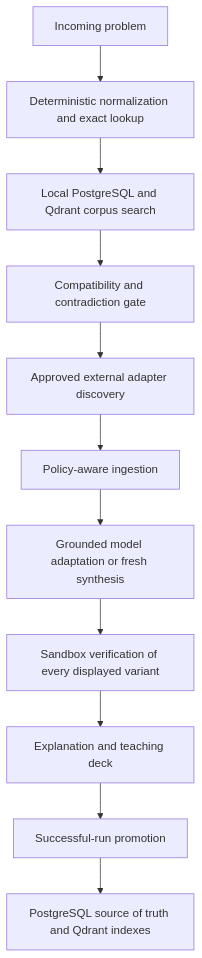
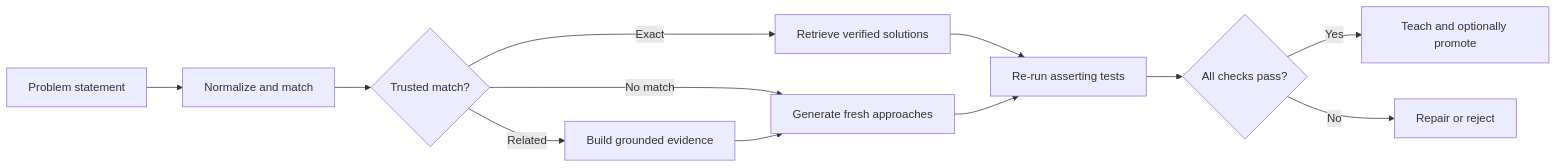
Before and after one commit to preferablehuman/-codinghelper: the first of 2 diagrams in README.md, drawn with Mermaid. The commit also changed other lines of this file and 6 other files, not shown here.

````diff
--- a/README.md
+++ b/README.md
@@ -132,13 +100,14 @@
 ```mermaid
-flowchart TD
-    A[Incoming problem] --> B[Deterministic normalization and exact lookup]
-    B --> C[Local PostgreSQL and Qdrant corpus search]
-    C --> D[Compatibility and contradiction gate]
-    D --> E[Approved external adapter discovery]
-    E --> F[Policy-aware ingestion]
-    F --> G[Grounded model adaptation or fresh synthesis]
-    G --> H[Sandbox verification of every displayed variant]
-    H --> I[Explanation and teaching deck]
-    I --> J[Successful-run promotion]
-    J --> K[PostgreSQL source of truth and Qdrant indexes]
+flowchart LR
+    A[Problem statement] --> B[Normalize and match]
+    B --> C{Trusted match?}
+    C -->|Exact| D[Retrieve verified solutions]
+    C -->|Related| E[Build grounded evidence]
+    C -->|No match| F[Generate fresh approaches]
+    D --> G[Re-run asserting tests]
+    E --> F
+    F --> G
+    G --> H{All checks pass?}
+    H -->|Yes| I[Teach and optionally promote]
+    H -->|No| J[Repair or reject]
 ```
````
